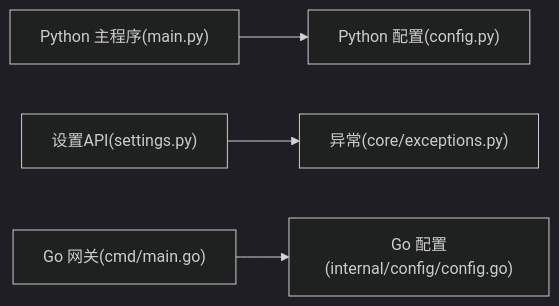
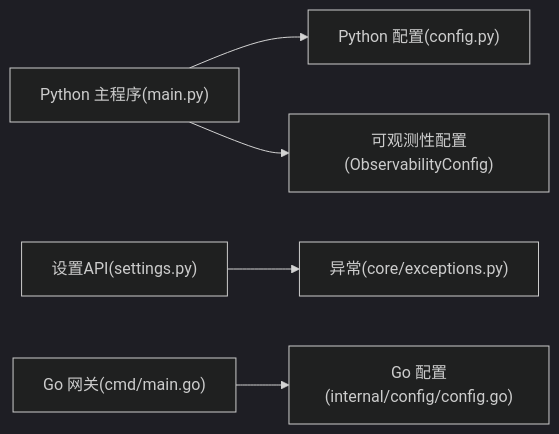
The third of 3 diagrams in .qoder/repowiki/zh/content/系统架构设计/微服务架构设计/配置管理服务.md (zmdhdu/NexusCockpit), drawn with Mermaid (dark theme) before and after one commit. The commit also changed other lines of this file and 21 other files, not shown here.

````diff
--- a/.qoder/repowiki/zh/content/系统架构设计/微服务架构设计/配置管理服务.md
+++ b/.qoder/repowiki/zh/content/系统架构设计/微服务架构设计/配置管理服务.md
@@ -254,6 +293,7 @@
 ```mermaid
 graph LR
 PyMain["Python 主程序(main.py)"] --> PyCfg["Python 配置(config.py)"]
+PyMain --> PyObs["可观测性配置(ObservabilityConfig)"]
 PySettings["设置API(settings.py)"] --> PyEx["异常(core/exceptions.py)"]
 GoMain["Go 网关(cmd/main.go)"] --> GoCfg["Go 配置(internal/config/config.go)"]
 ```
````
